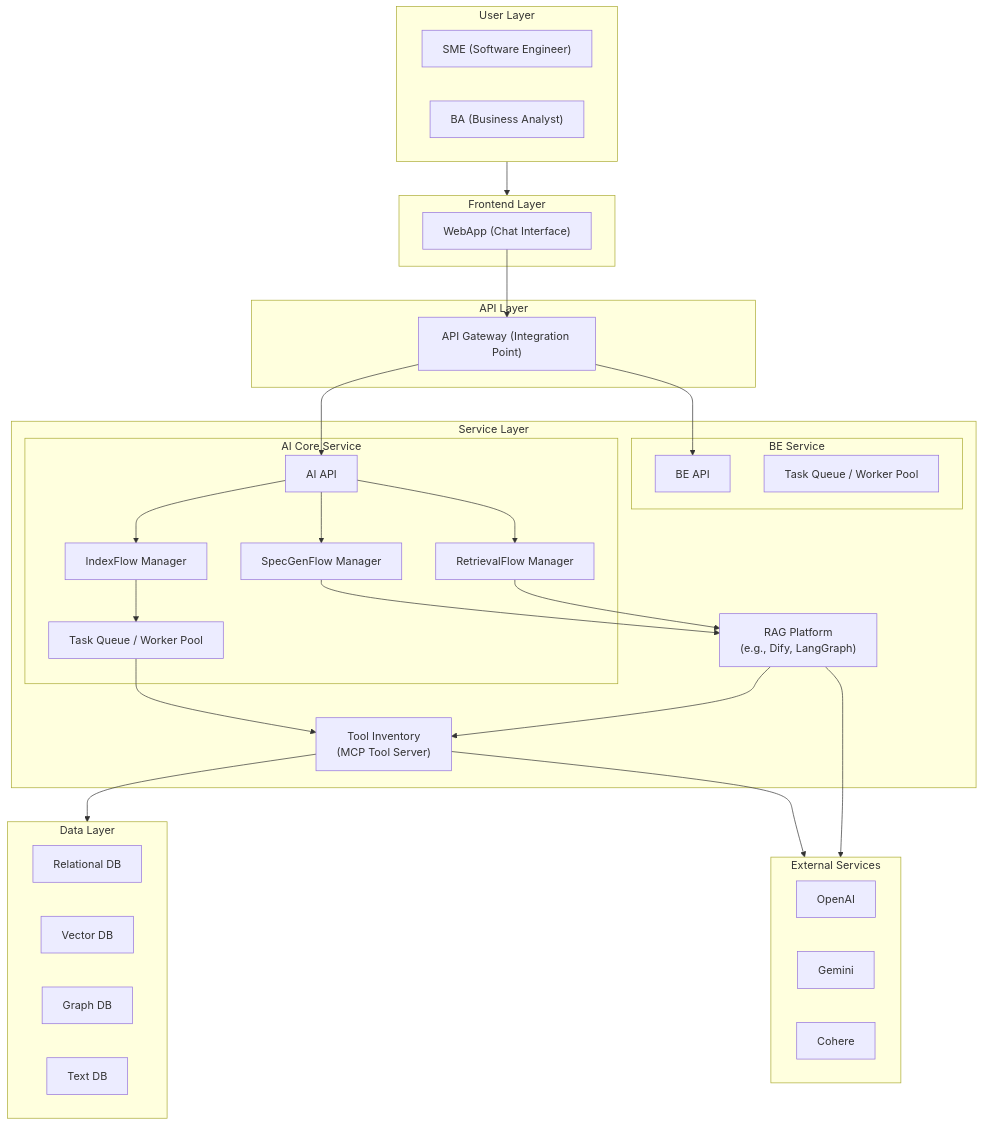
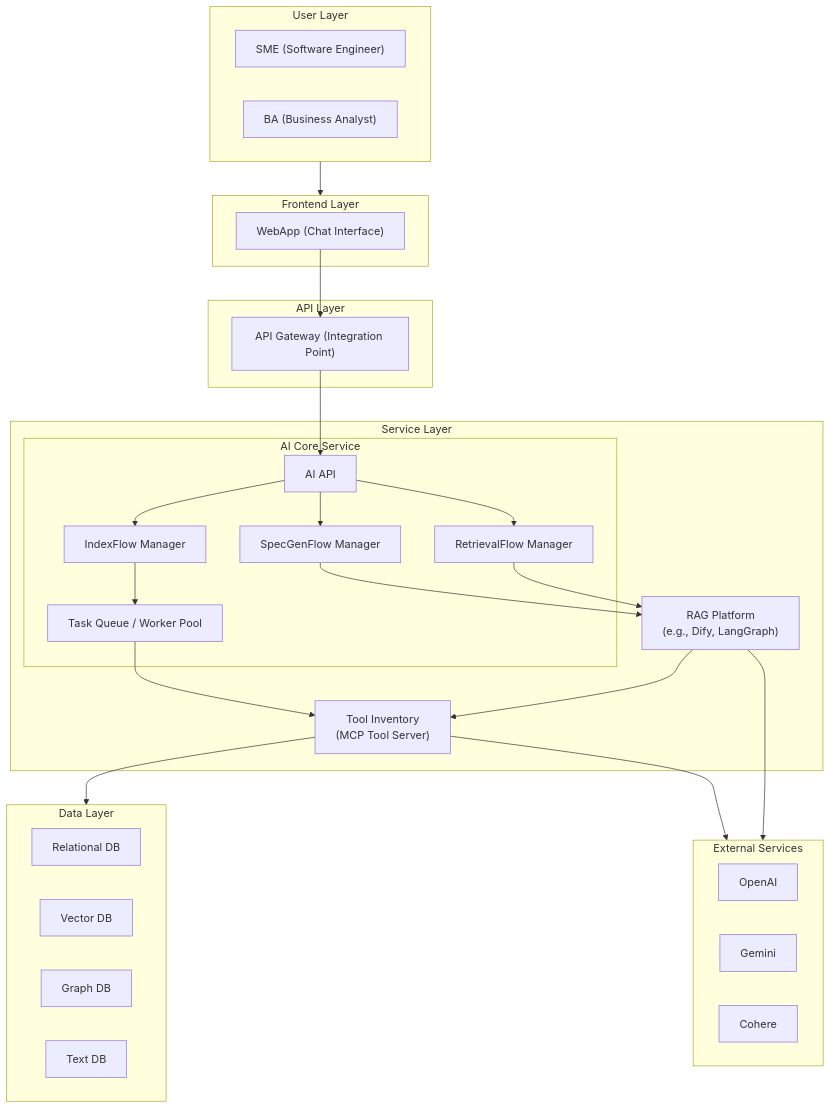
One commit to anhttmle/CAIO changed the third of 3 diagrams in Project Assistant/README.md. Above: the diagram before and after it, drawn with Mermaid. The commit also changed other lines of this file, not shown here.

````diff
--- a/Project Assistant/README.md
+++ b/Project Assistant/README.md
@@ -83,70 +83,64 @@
 ```mermaid
 
 graph TB
     subgraph LUser["User Layer"]
         SME["SME (Software Engineer)"]
         BA["BA (Business Analyst)"]
     end
 
     subgraph LFrontend["Frontend Layer"]
         WebApp["WebApp (Chat Interface)"]
     end
 
     subgraph LAPI["API Layer"]
         APIGateway["API Gateway (Integration Point)"]
     end
 
     subgraph LService["Service Layer"]
         subgraph AICore["AI Core Service"]
             AI["AI API"]
             IndexFlow["IndexFlow Manager"]
             SpecGenFlow["SpecGenFlow Manager"]
             RetrievalFlow["RetrievalFlow Manager"]
             AIWorker["Task Queue / Worker Pool"]
         end
 
-        subgraph BEService["BE Service"]
-            BE["BE API"]
-            BEWorker["Task Queue / Worker Pool"]
-        end
-
         RAGPlatform["RAG Platform<br>(e.g., Dify, LangGraph)"]
         ToolInventory["Tool Inventory<br>(MCP Tool Server)"]
     end
 
     subgraph LData["Data Layer"]
         RelDB["Relational DB"]
         VecDB["Vector DB"]
         GraphDB["Graph DB"]
         TextDB["Text DB"]
     end
 
     subgraph LExternal["External Services"]
         OpenAI["OpenAI"]
         Gemini["Gemini"]
         Cohere["Cohere"]
     end
 
     LUser --> LFrontend
     WebApp --> APIGateway
 
     APIGateway --> AI
-    APIGateway --> BE
 
     AI --> IndexFlow
     AI --> SpecGenFlow
     AI --> RetrievalFlow
 
     IndexFlow --> AIWorker
     SpecGenFlow --> RAGPlatform
     RetrievalFlow --> RAGPlatform
     AIWorker --> ToolInventory
 
     RAGPlatform --> LExternal
     RAGPlatform --> ToolInventory
 
     ToolInventory --> LData
     ToolInventory --> LExternal
 
 
 ```
````
